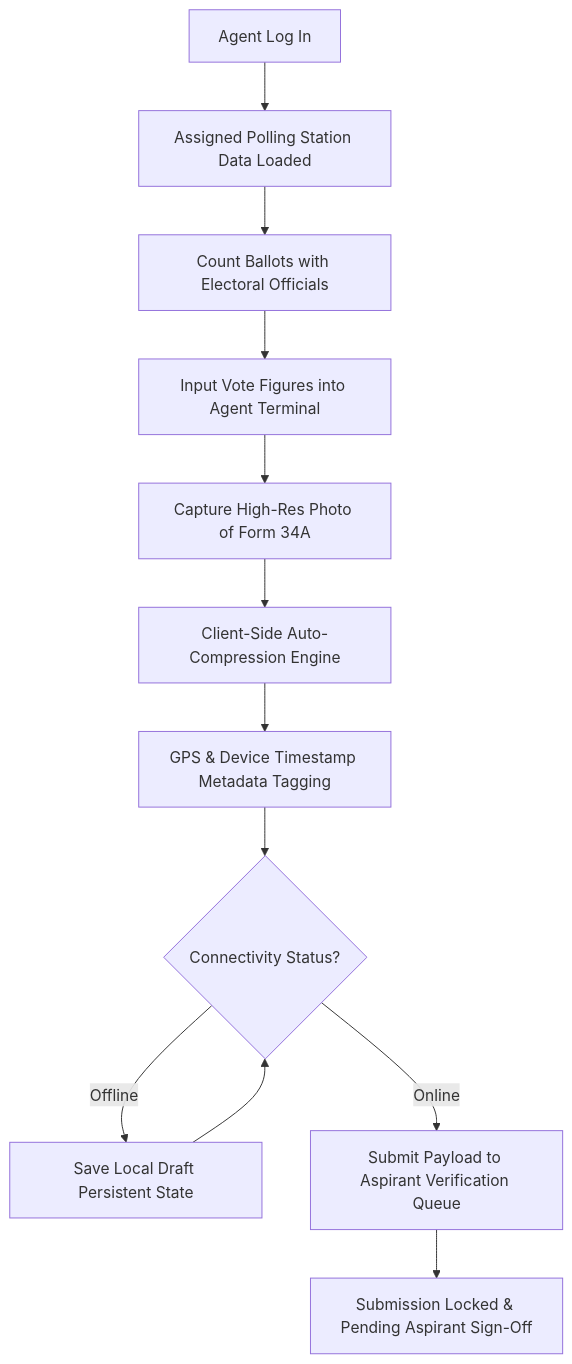
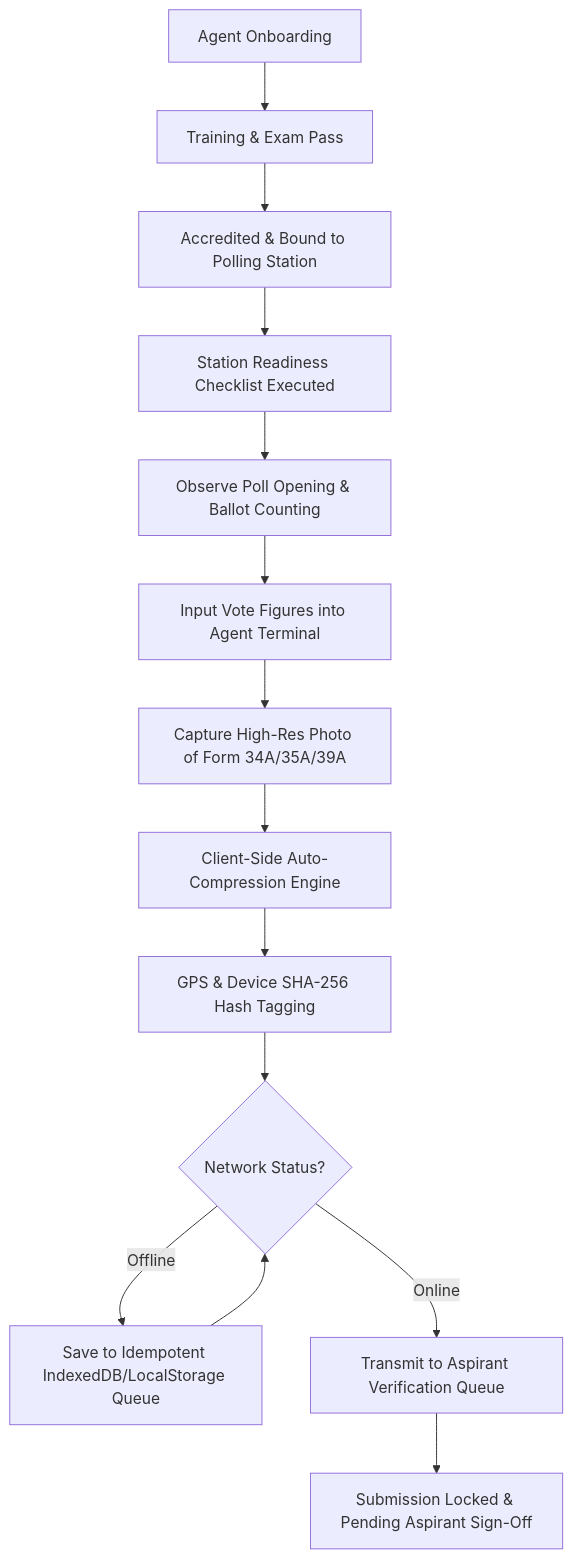
One commit to nigel2421/ems changed the diagram in docs/AGENT_WORKFLOW.md. Above: the diagram before and after it, drawn with Mermaid. The commit also changed other lines of this file and 5 other files, not shown here.

````diff
--- a/docs/AGENT_WORKFLOW.md
+++ b/docs/AGENT_WORKFLOW.md
@@ -15,14 +21,16 @@
 ```mermaid
 graph TD
-    A[Agent Log In] --> B[Assigned Polling Station Data Loaded]
-    B --> C[Count Ballots with Electoral Officials]
-    C --> D[Input Vote Figures into Agent Terminal]
-    D --> E[Capture High-Res Photo of Form 34A]
-    E --> F[Client-Side Auto-Compression Engine]
-    F --> G[GPS & Device Timestamp Metadata Tagging]
-    G --> H{Connectivity Status?}
-    H -- Offline --> I[Save Local Draft Persistent State]
-    H -- Online --> J[Submit Payload to Aspirant Verification Queue]
-    I --> H
-    J --> K[Submission Locked & Pending Aspirant Sign-Off]
+    A[Agent Onboarding] --> B[Training & Exam Pass]
+    B --> C[Accredited & Bound to Polling Station]
+    C --> D[Station Readiness Checklist Executed]
+    D --> E[Observe Poll Opening & Ballot Counting]
+    E --> F[Input Vote Figures into Agent Terminal]
+    F --> G[Capture High-Res Photo of Form 34A/35A/39A]
+    G --> H[Client-Side Auto-Compression Engine]
+    H --> I[GPS & Device SHA-256 Hash Tagging]
+    I --> J{Network Status?}
+    J -- Offline --> K[Save to Idempotent IndexedDB/LocalStorage Queue]
+    J -- Online --> L[Transmit to Aspirant Verification Queue]
+    K --> J
+    L --> M[Submission Locked & Pending Aspirant Sign-Off]
 ```
````
